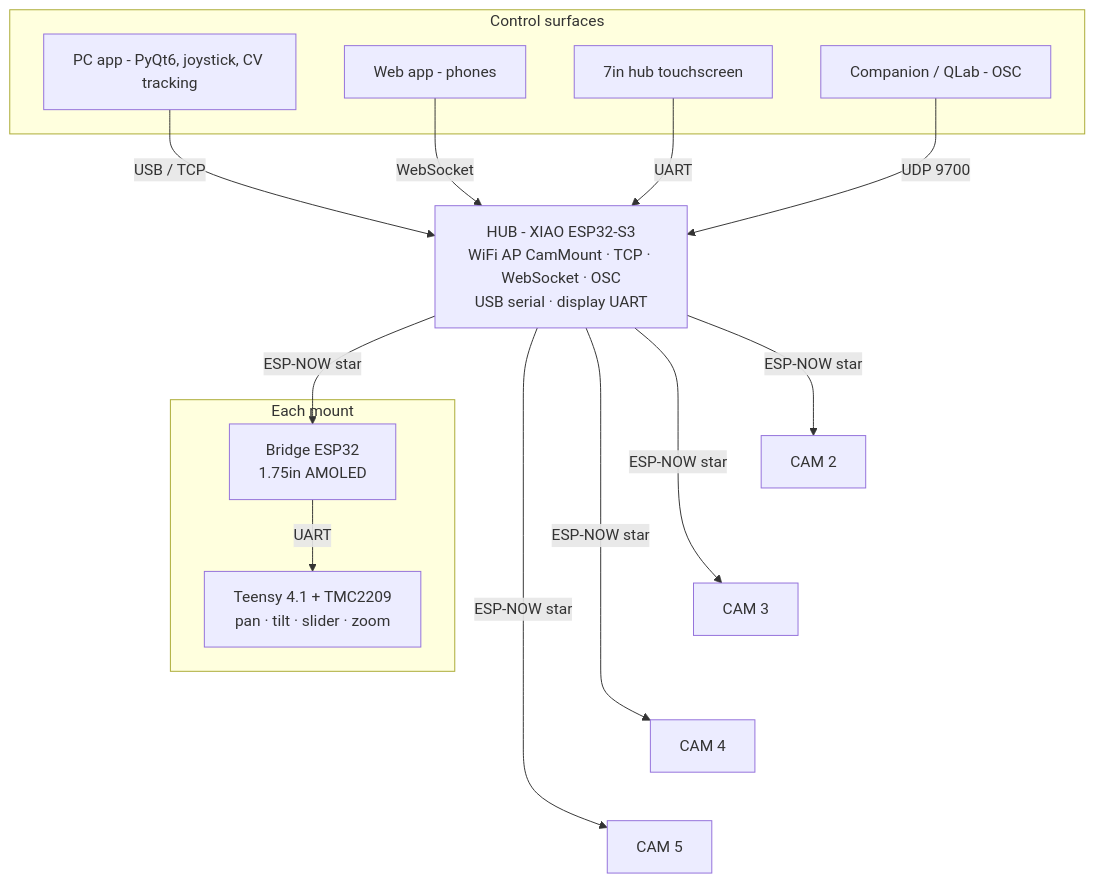
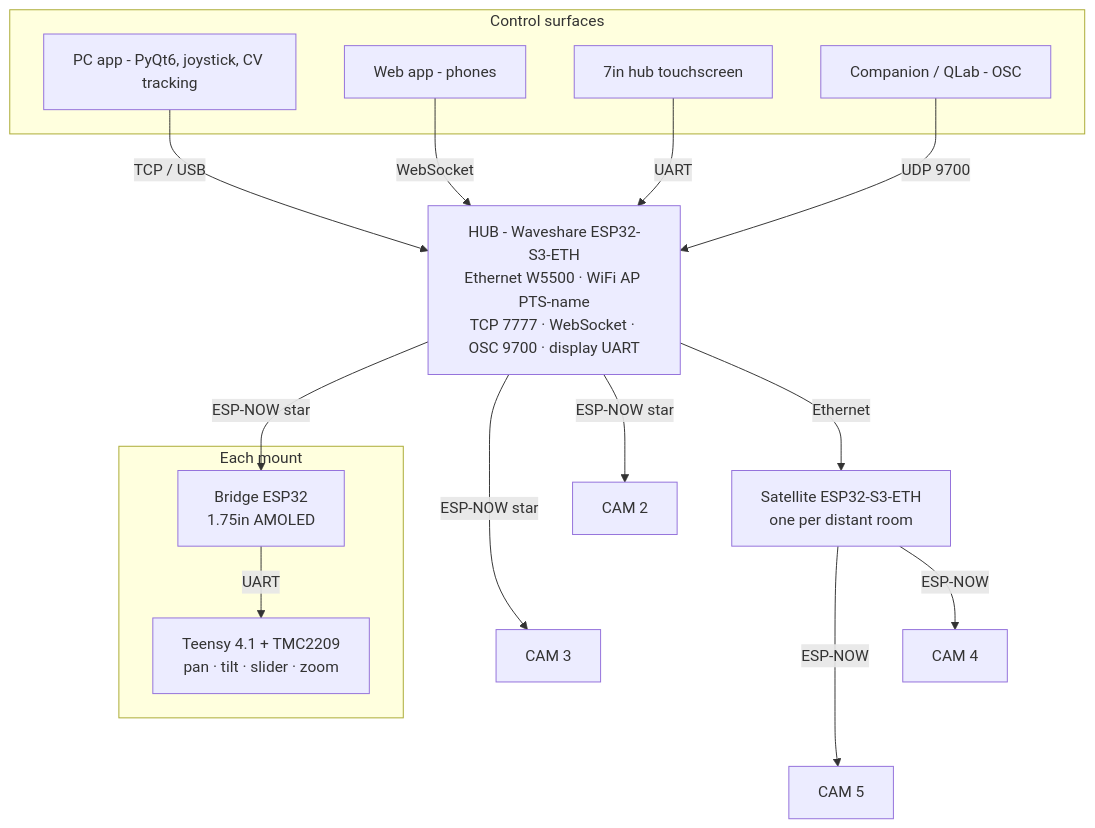
Before and after one commit to cbradburne/PTS: the diagram in README.md, drawn with Mermaid. The commit also changed other lines of this file, not shown here.

First line of the commit message:
README: the hub is the Ethernet board, and satellites exist

````diff
--- a/README.md
+++ b/README.md
@@ -45,21 +45,24 @@
 ```mermaid
 flowchart TB
     subgraph surfaces [Control surfaces]
         PC[PC app - PyQt6, joystick, CV tracking]
         WEB[Web app - phones]
         DISP[7in hub touchscreen]
         OSC[Companion / QLab - OSC]
     end
-    HUB[HUB - XIAO ESP32-S3<br/>WiFi AP CamMount · TCP · WebSocket · OSC<br/>USB serial · display UART]
-    PC -- USB / TCP --> HUB
+    HUB[HUB - Waveshare ESP32-S3-ETH<br/>Ethernet W5500 · WiFi AP PTS-name<br/>TCP 7777 · WebSocket · OSC 9700 · display UART]
+    PC -- TCP / USB --> HUB
     WEB -- WebSocket --> HUB
     DISP -- UART --> HUB
     OSC -- UDP 9700 --> HUB
-    HUB -- ESP-NOW star --> M1 & M2 & M3 & M4 & M5
+    HUB -- ESP-NOW star --> M1 & M2 & M3
+    HUB -- Ethernet --> SAT[Satellite ESP32-S3-ETH<br/>one per distant room]
+    SAT -- ESP-NOW --> M4 & M5
     subgraph mount [Each mount]
         M1[Bridge ESP32<br/>1.75in AMOLED]
         T1[Teensy 4.1 + TMC2209<br/>pan · tilt · slider · zoom]
         M1 -- UART --> T1
     end
-    M2[CAM 2] ~~~ M3[CAM 3] ~~~ M4[CAM 4] ~~~ M5[CAM 5]
+    M2[CAM 2] ~~~ M3[CAM 3]
+    M4[CAM 4] ~~~ M5[CAM 5]
 ```
````
